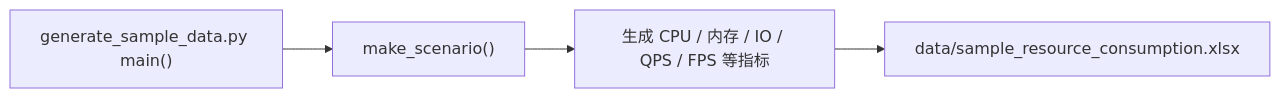
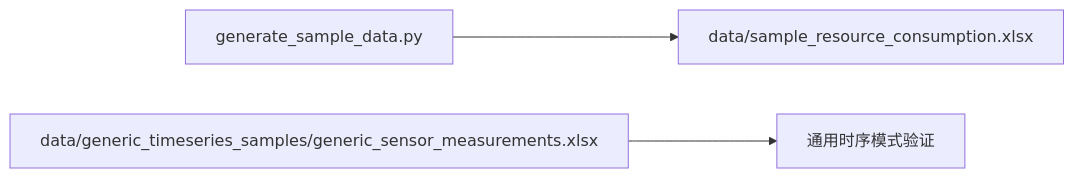
Before and after one commit to EthanCheung-gh/perf-analyzer: the ninth of 9 diagrams in docs/code-map.md, drawn with Mermaid. The commit also changed other lines of this file, not shown here.

Commit message:
docs: update code map for modular architecture

````diff
--- a/docs/code-map.md
+++ b/docs/code-map.md
@@ -236,6 +273,5 @@
 ```mermaid
 flowchart LR
-    Main["generate_sample_data.py main()"] --> Scenarios["make_scenario()"]
-    Scenarios --> Metrics["生成 CPU / 内存 / IO / QPS / FPS 等指标"]
-    Metrics --> Excel["data/sample_resource_consumption.xlsx"]
+    Generator["generate_sample_data.py"] --> PerfExcel["data/sample_resource_consumption.xlsx"]
+    GenericExcel["data/generic_timeseries_samples/generic_sensor_measurements.xlsx"] --> GenericMode["通用时序模式验证"]
 ```
````
